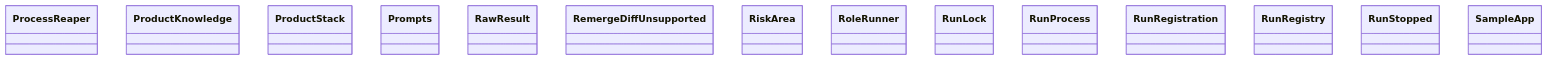
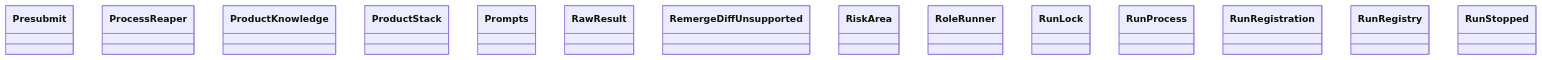
One commit to GonzaloZevallos/agentic-system changed the diagram in docs/architecture/generated/classes-process-application-support-5.md. Above: the diagram before and after it, drawn with Mermaid. The commit also changed other lines of this file and 20 other files, not shown here.

````diff
--- a/docs/architecture/generated/classes-process-application-support-5.md
+++ b/docs/architecture/generated/classes-process-application-support-5.md
@@ -20,17 +20,17 @@
 ```mermaid
 classDiagram
+    class ports__Presubmit["Presubmit"]
     class ports__ProcessReaper["ProcessReaper"]
     class ports__ProductKnowledge["ProductKnowledge"]
     class ports__ProductStack["ProductStack"]
     class ports__Prompts["Prompts"]
     class ports__RawResult["RawResult"]
     class ports__RemergeDiffUnsupported["RemergeDiffUnsupported"]
     class ports__RiskArea["RiskArea"]
     class ports__RoleRunner["RoleRunner"]
     class ports__RunLock["RunLock"]
     class ports__RunProcess["RunProcess"]
     class ports__RunRegistration["RunRegistration"]
     class ports__RunRegistry["RunRegistry"]
     class ports__RunStopped["RunStopped"]
-    class ports__SampleApp["SampleApp"]
 ```
````
